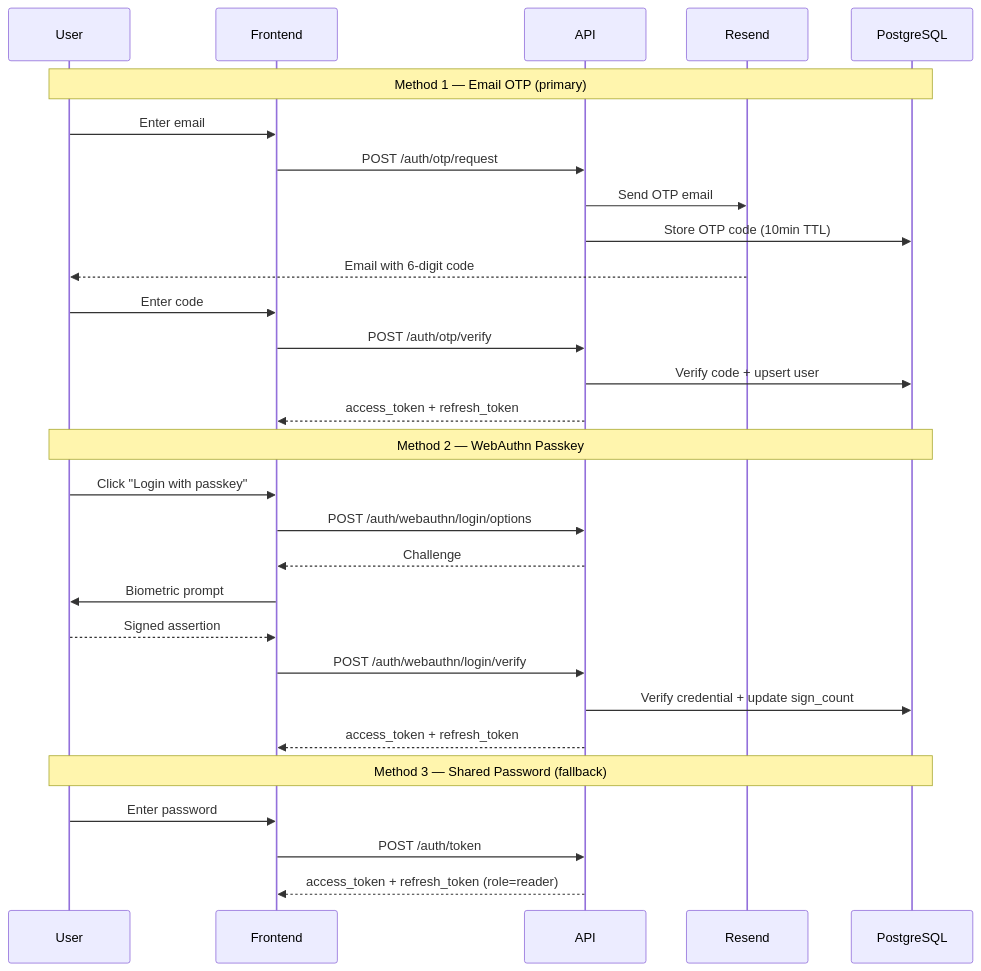
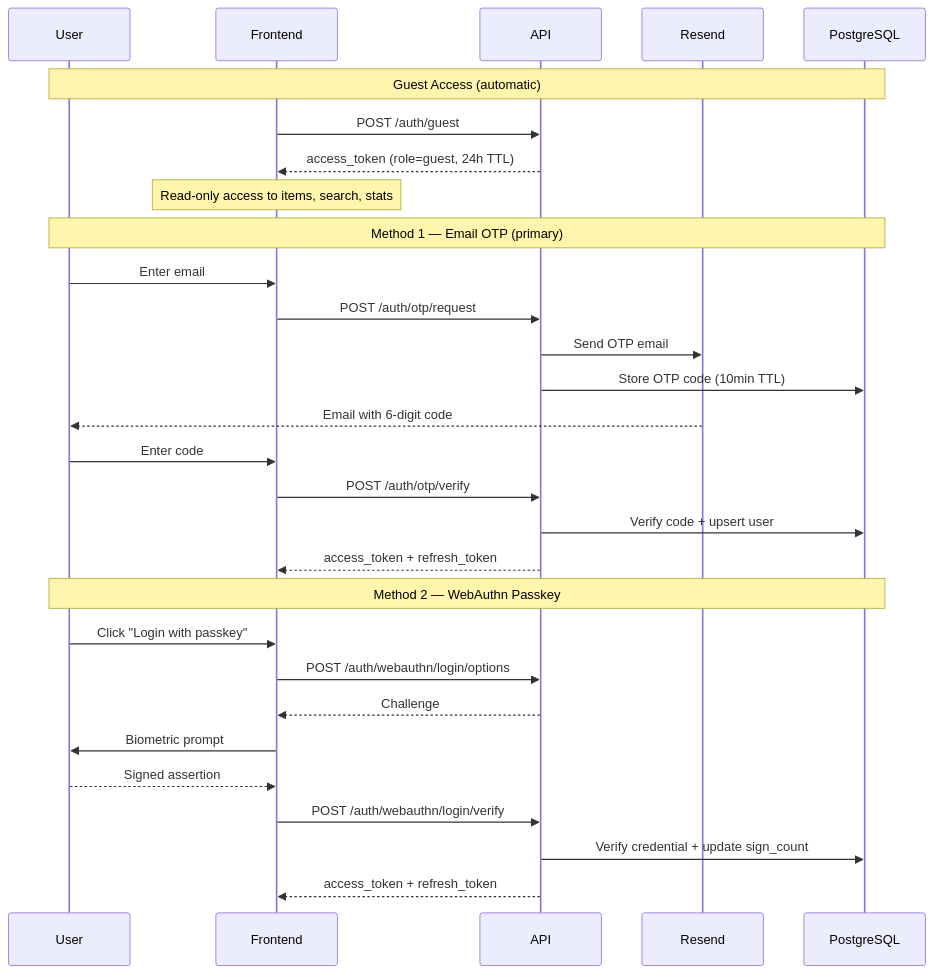
Before and after one commit to pguerrerolinares/ai-news-platform: the fifth of 8 diagrams in docs/architecture/overview.md, drawn with Mermaid. The commit also changed other lines of this file, not shown here.

Commit message:
docs: update architecture overview for public access and guest tokens

````diff
--- a/docs/architecture/overview.md
+++ b/docs/architecture/overview.md
@@ -223,34 +223,34 @@
 ```mermaid
 sequenceDiagram
     participant U as User
     participant F as Frontend
     participant A as API
     participant R as Resend
     participant DB as PostgreSQL
+
+    Note over U,DB: Guest Access (automatic)
+    F->>A: POST /auth/guest
+    A-->>F: access_token (role=guest, 24h TTL)
+    Note over F: Read-only access to items, search, stats
 
     Note over U,DB: Method 1 — Email OTP (primary)
     U->>F: Enter email
     F->>A: POST /auth/otp/request
     A->>R: Send OTP email
     A->>DB: Store OTP code (10min TTL)
     R-->>U: Email with 6-digit code
     U->>F: Enter code
     F->>A: POST /auth/otp/verify
     A->>DB: Verify code + upsert user
     A-->>F: access_token + refresh_token
 
     Note over U,DB: Method 2 — WebAuthn Passkey
     U->>F: Click "Login with passkey"
     F->>A: POST /auth/webauthn/login/options
     A-->>F: Challenge
     F->>U: Biometric prompt
     U-->>F: Signed assertion
     F->>A: POST /auth/webauthn/login/verify
     A->>DB: Verify credential + update sign_count
     A-->>F: access_token + refresh_token
-
-    Note over U,DB: Method 3 — Shared Password (fallback)
-    U->>F: Enter password
-    F->>A: POST /auth/token
-    A-->>F: access_token + refresh_token (role=reader)
 ```
````
